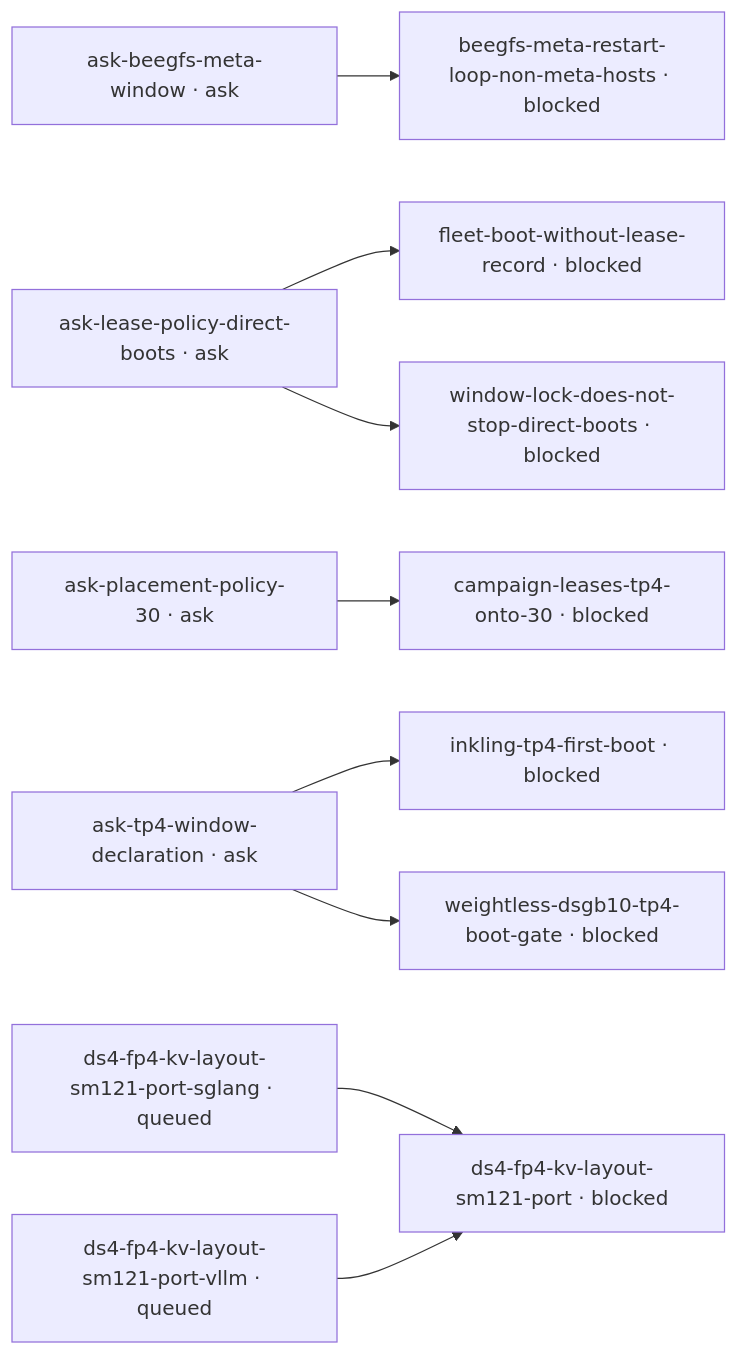
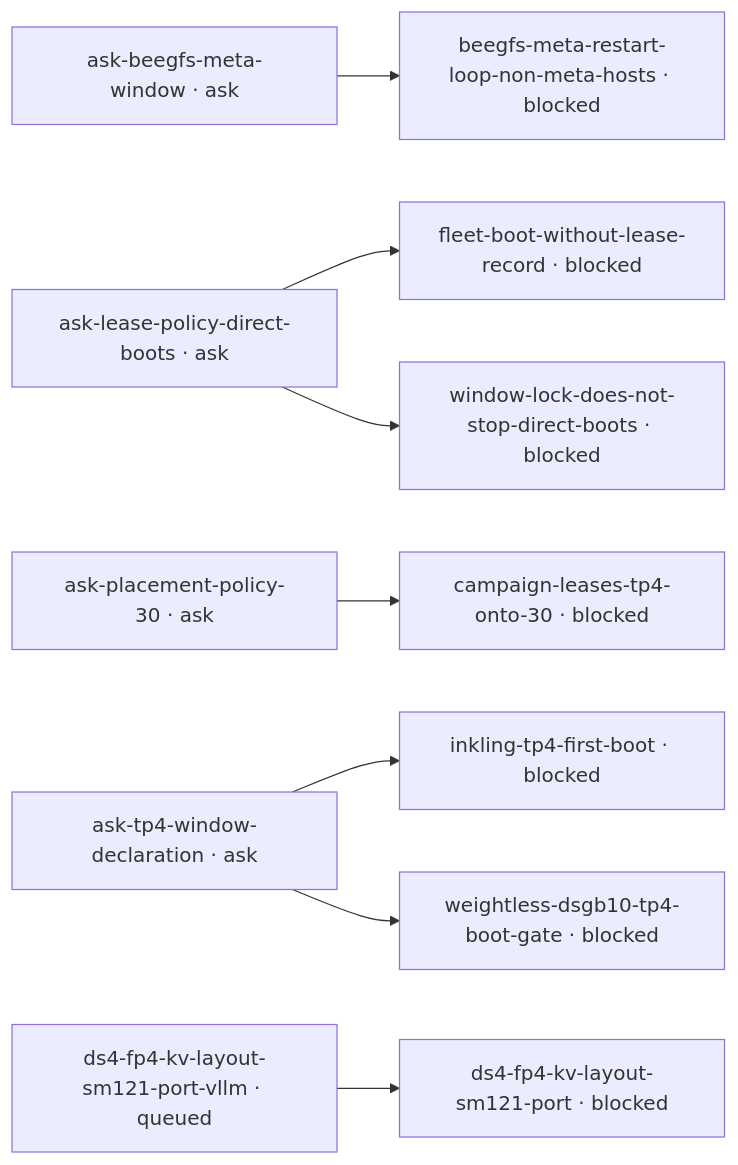
Before and after one commit to littlecedar/sparkrun-recipe-registry: the diagram in mad-science/STATUS.md, drawn with Mermaid. The commit also changed other lines of this file, not shown here.

````diff
--- a/mad-science/STATUS.md
+++ b/mad-science/STATUS.md
@@ -22,26 +22,24 @@
 ```mermaid
 flowchart LR
-  %% 8 blocked, 8 edges, 1 prose-gated, 0 question-gated, 0 question, 2 rows not drawn (--all)
+  %% 7 blocked, 7 edges, 0 prose-gated, 0 question-gated, 0 question, 2 rows not drawn (--all)
   t1["ask-beegfs-meta-window · ask"]
   t2["ask-lease-policy-direct-boots · ask"]
   t3["ask-placement-policy-30 · ask"]
   t4["ask-tp4-window-declaration · ask"]
   t5["beegfs-meta-restart-loop-non-meta-hosts · blocked"]
   t6["campaign-leases-tp4-onto-30 · blocked"]
   t7["ds4-fp4-kv-layout-sm121-port · blocked"]
-  t8["ds4-fp4-kv-layout-sm121-port-sglang · queued"]
-  t9["ds4-fp4-kv-layout-sm121-port-vllm · queued"]
-  t10["fleet-boot-without-lease-record · blocked"]
-  t11["inkling-tp4-first-boot · blocked"]
-  t12["weightless-dsgb10-tp4-boot-gate · blocked"]
-  t13["window-lock-does-not-stop-direct-boots · blocked"]
+  t8["ds4-fp4-kv-layout-sm121-port-vllm · queued"]
+  t9["fleet-boot-without-lease-record · blocked"]
+  t10["inkling-tp4-first-boot · blocked"]
+  t11["weightless-dsgb10-tp4-boot-gate · blocked"]
+  t12["window-lock-does-not-stop-direct-boots · blocked"]
   t1 --> t5
-  t2 --> t10
-  t2 --> t13
+  t2 --> t9
+  t2 --> t12
   t3 --> t6
+  t4 --> t10
   t4 --> t11
-  t4 --> t12
   t8 --> t7
-  t9 --> t7
   classDef no-recorded-edge stroke-dasharray: 4 3
 ```
````
